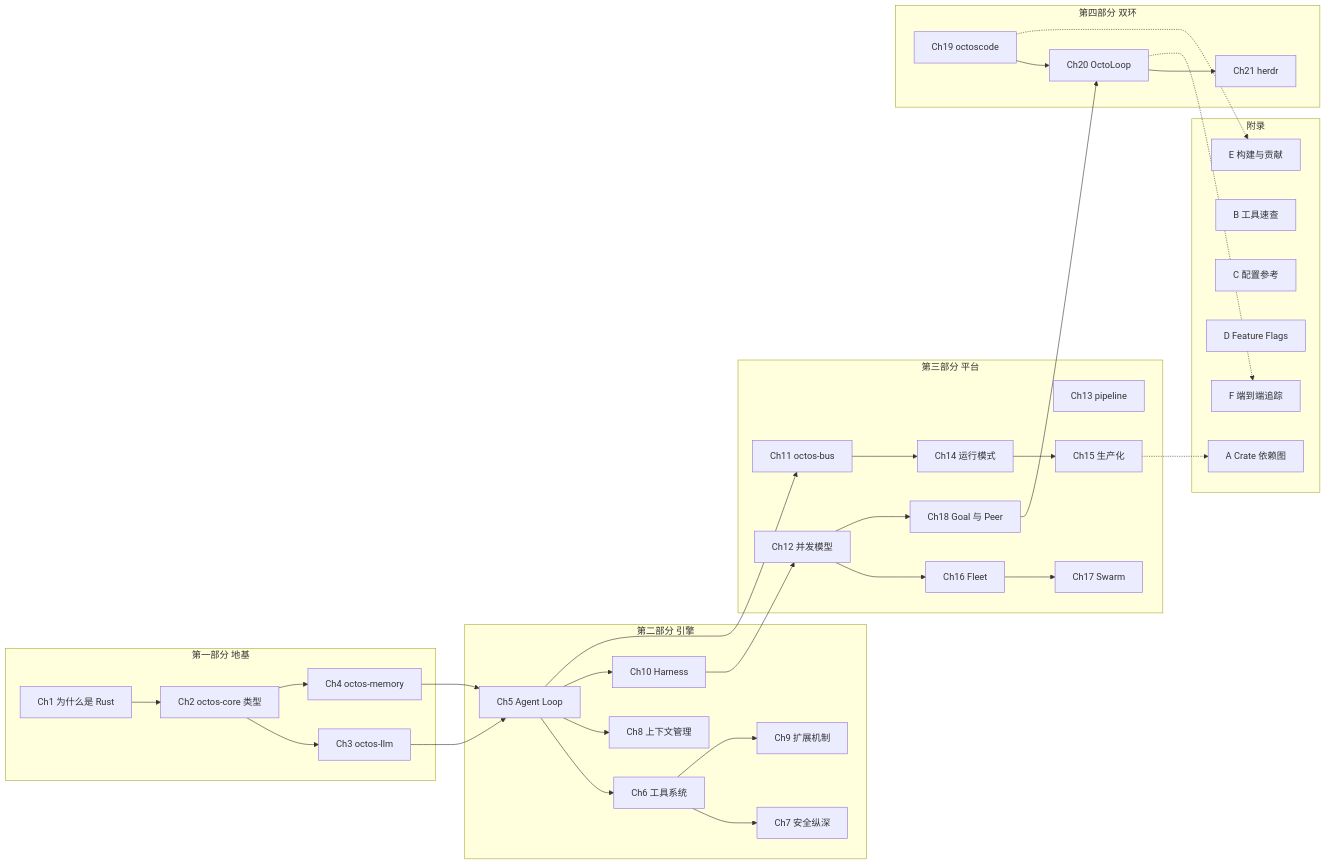
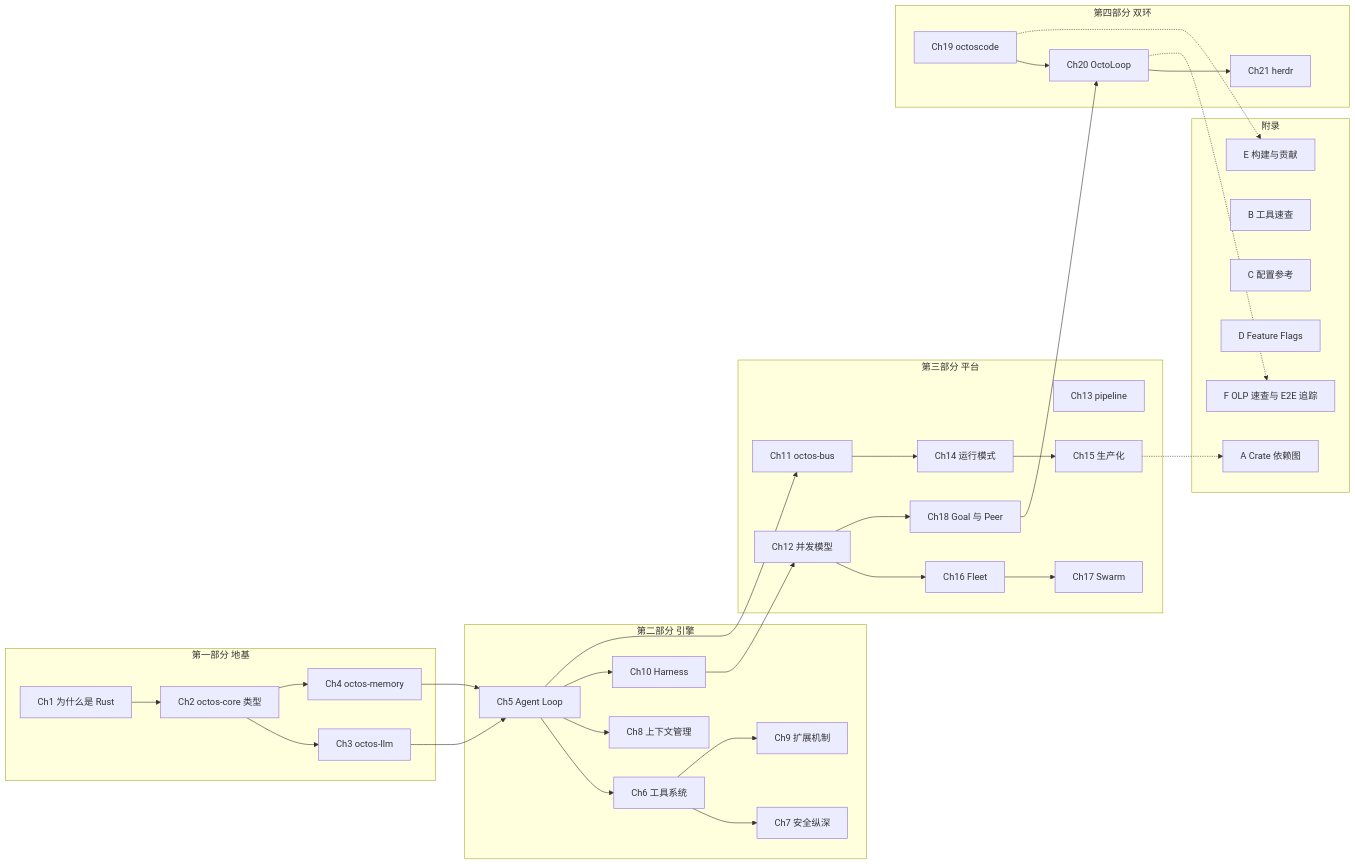
One commit to octos-org/octos-book changed the diagram in book/src/preface.md. Above: the diagram before and after it, drawn with Mermaid. The commit also changed 5 other files, not shown here.

Commit message:
收口四项(外环 06:05): ①附录 B 重复路径已 1b81cd9 修(本轮复核 grep -rc 全 0);②git rm ch06-tool-system-draft.md(952d187 误入库);③附录 F 四处 OLP_OUTER_BOOT/OUTER_LOOP_PROTOCOL.md:N 补 octoscode/docs/ 前缀(两份文件,无前缀残留 0);④前言 A6 改「F OLP 速查与 E2E 追踪」(两份);assets/ch18-facts.md 47,645→52,445 加注(外环裁定);mdbook 零警告

````diff
--- a/book/src/preface.md
+++ b/book/src/preface.md
@@ -42,58 +42,58 @@
 ```mermaid
 graph LR
     subgraph P1["第一部分 地基"]
         C1["Ch1 为什么是 Rust"]
         C2["Ch2 octos-core 类型"]
         C3["Ch3 octos-llm"]
         C4["Ch4 octos-memory"]
         C1 --> C2
         C2 --> C3
         C2 --> C4
     end
     subgraph P2["第二部分 引擎"]
         C5["Ch5 Agent Loop"]
         C6["Ch6 工具系统"]
         C7["Ch7 安全纵深"]
         C8["Ch8 上下文管理"]
         C9["Ch9 扩展机制"]
         C10["Ch10 Harness"]
         C5 --> C6 --> C7
         C5 --> C8
         C6 --> C9
         C5 --> C10
     end
     subgraph P3["第三部分 平台"]
         C11["Ch11 octos-bus"]
         C12["Ch12 并发模型"]
         C13["Ch13 pipeline"]
         C14["Ch14 运行模式"]
         C15["Ch15 生产化"]
         C16["Ch16 Fleet"]
         C17["Ch17 Swarm"]
         C18["Ch18 Goal 与 Peer"]
         C5 --> C11 --> C14 --> C15
         C10 --> C12
         C12 --> C16 --> C17
         C12 --> C18
     end
     subgraph P4["第四部分 双环"]
         C19["Ch19 octoscode"]
         C20["Ch20 OctoLoop"]
         C21["Ch21 herdr"]
         C18 --> C20
         C19 --> C20 --> C21
     end
     subgraph APX["附录"]
         A1["A Crate 依赖图"]
         A2["B 工具速查"]
         A3["C 配置参考"]
         A4["D Feature Flags"]
         A5["E 构建与贡献"]
-        A6["F 端到端追踪"]
+        A6["F OLP 速查与 E2E 追踪"]
     end
     C3 --> C5
     C4 --> C5
     C15 -.-> A1
     C19 -.-> A5
     C20 -.-> A6
 ```
````
